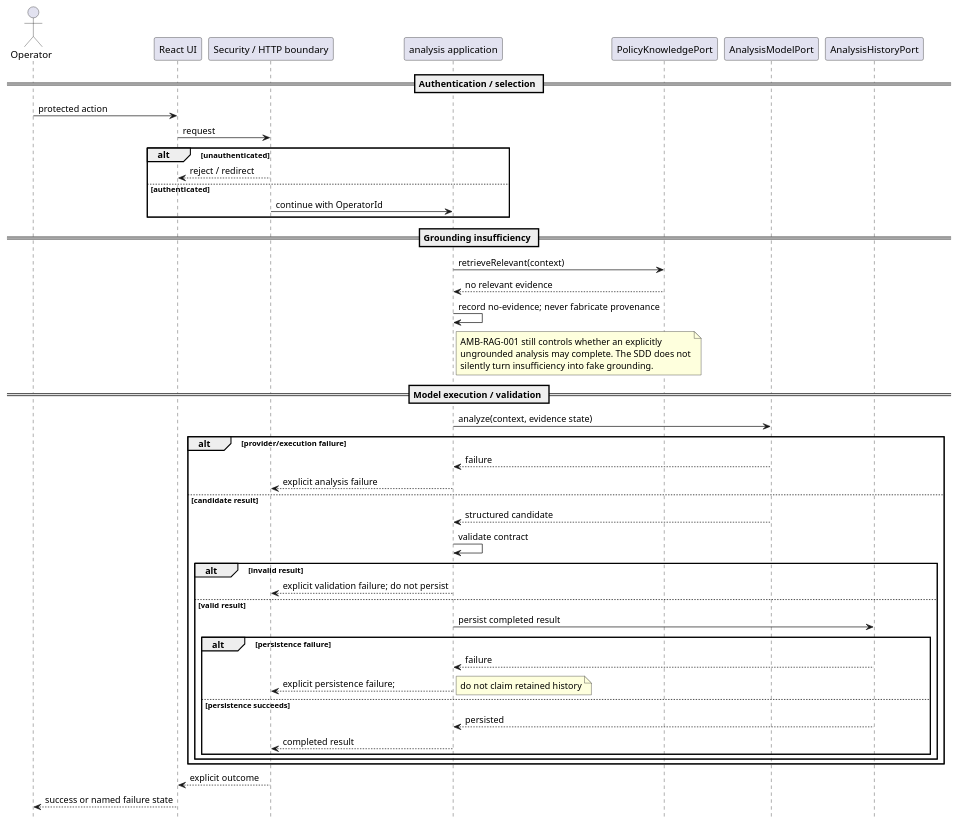
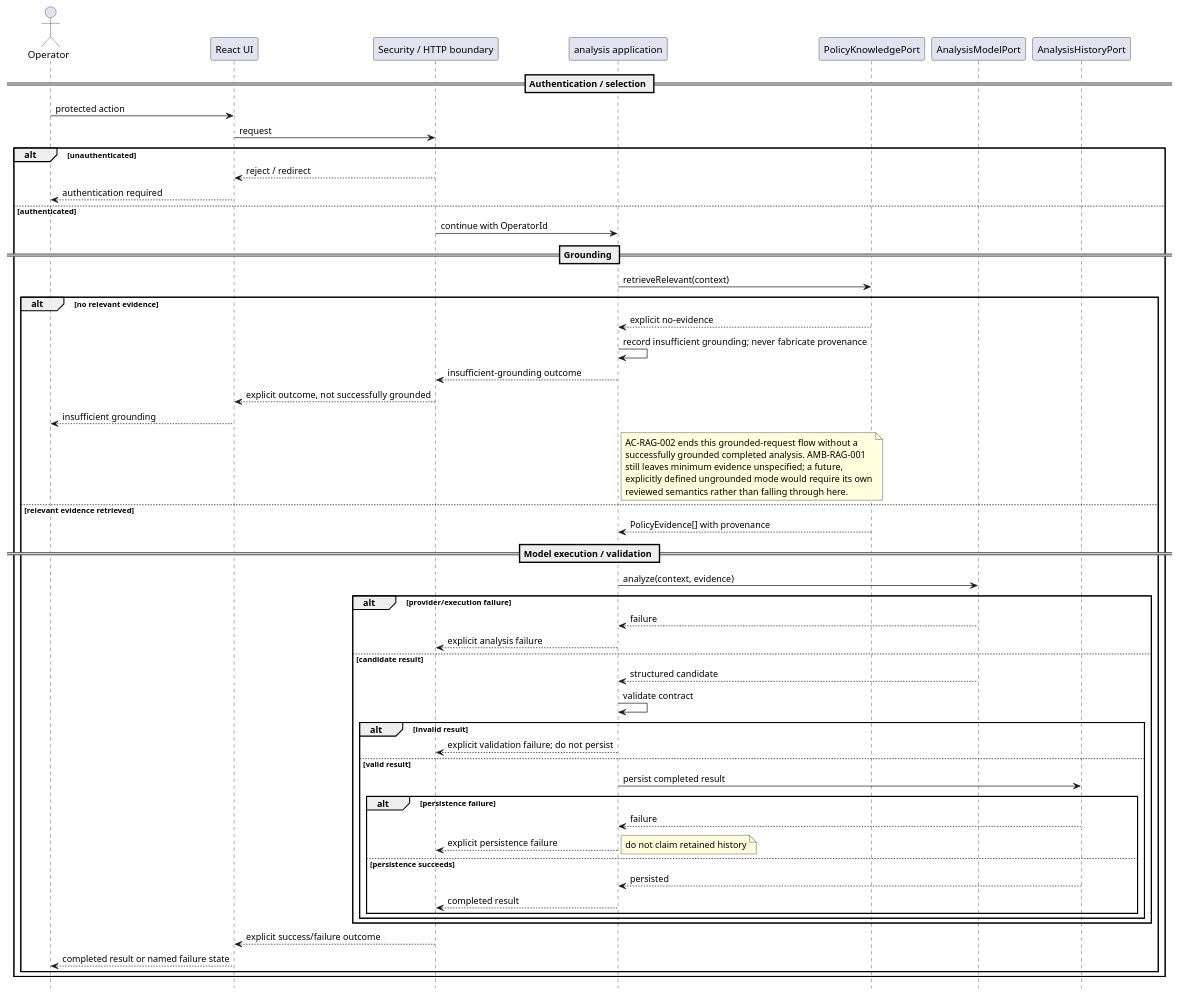
Before and after one commit to jdoe-dev-159753/specgraph-reference-app: the diagram in docs/assignment/SDD/diagrams/sequence-failure-modes.puml, drawn with PlantUML.

Commit message:
docs: make SDD failure branches non-reconverging

```diff
--- a/docs/assignment/SDD/diagrams/sequence-failure-modes.puml
+++ b/docs/assignment/SDD/diagrams/sequence-failure-modes.puml
@@ -1,54 +1,64 @@
 @startuml
 hide footbox
 actor Operator
 participant "React UI" as UI
 participant "Security / HTTP boundary" as Boundary
 participant "analysis application" as Analysis
 participant "PolicyKnowledgePort" as Policy
 participant "AnalysisModelPort" as Model
 participant "AnalysisHistoryPort" as History
 
 == Authentication / selection ==
 Operator -> UI : protected action
 UI -> Boundary : request
 alt unauthenticated
   Boundary --> UI : reject / redirect
+  UI --> Operator : authentication required
 else authenticated
   Boundary -> Analysis : continue with OperatorId
-end
 
-== Grounding insufficiency ==
-Analysis -> Policy : retrieveRelevant(context)
-Policy --> Analysis : no relevant evidence
-Analysis -> Analysis : record no-evidence; never fabricate provenance
-note right of Analysis
-  AMB-RAG-001 still controls whether an explicitly
-  ungrounded analysis may complete. The SDD does not
-  silently turn insufficiency into fake grounding.
-end note
+  == Grounding ==
+  Analysis -> Policy : retrieveRelevant(context)
+  alt no relevant evidence
+    Policy --> Analysis : explicit no-evidence
+    Analysis -> Analysis : record insufficient grounding; never fabricate provenance
+    Analysis --> Boundary : insufficient-grounding outcome
+    Boundary --> UI : explicit outcome, not successfully grounded
+    UI --> Operator : insufficient grounding
+    note right of Analysis
+      AC-RAG-002 ends this grounded-request flow without a
+      successfully grounded completed analysis. AMB-RAG-001
+      still leaves minimum evidence unspecified; a future,
+      explicitly defined ungrounded mode would require its own
+      reviewed semantics rather than falling through here.
+    end note
+  else relevant evidence retrieved
+    Policy --> Analysis : PolicyEvidence[] with provenance
 
-== Model execution / validation ==
-Analysis -> Model : analyze(context, evidence state)
-alt provider/execution failure
-  Model --> Analysis : failure
-  Analysis --> Boundary : explicit analysis failure
-else candidate result
-  Model --> Analysis : structured candidate
-  Analysis -> Analysis : validate contract
-  alt invalid result
-    Analysis --> Boundary : explicit validation failure; do not persist
-  else valid result
-    Analysis -> History : persist completed result
-    alt persistence failure
-      History --> Analysis : failure
-      Analysis --> Boundary : explicit persistence failure;
-      note right: do not claim retained history
-    else persistence succeeds
-      History --> Analysis : persisted
-      Analysis --> Boundary : completed result
+    == Model execution / validation ==
+    Analysis -> Model : analyze(context, evidence)
+    alt provider/execution failure
+      Model --> Analysis : failure
+      Analysis --> Boundary : explicit analysis failure
+    else candidate result
+      Model --> Analysis : structured candidate
+      Analysis -> Analysis : validate contract
+      alt invalid result
+        Analysis --> Boundary : explicit validation failure; do not persist
+      else valid result
+        Analysis -> History : persist completed result
+        alt persistence failure
+          History --> Analysis : failure
+          Analysis --> Boundary : explicit persistence failure
+          note right: do not claim retained history
+        else persistence succeeds
+          History --> Analysis : persisted
+          Analysis --> Boundary : completed result
+        end
+      end
     end
+    Boundary --> UI : explicit success/failure outcome
+    UI --> Operator : completed result or named failure state
   end
 end
-Boundary --> UI : explicit outcome
-UI --> Operator : success or named failure state
 @enduml
```
